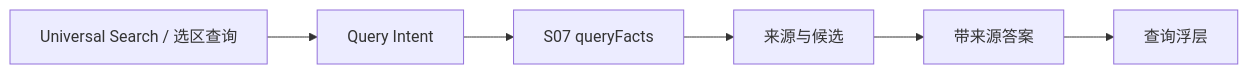
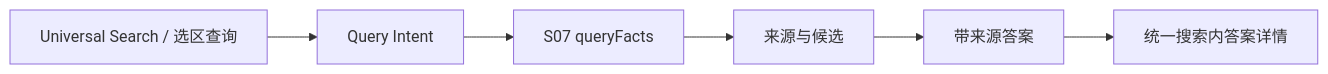
Before and after one commit to jinhuang712/open-novel: the diagram in spec/M03-fact-query.md, drawn with Mermaid. The commit also changed other lines of this file and 29 other files, not shown here.

````diff
--- a/spec/M03-fact-query.md
+++ b/spec/M03-fact-query.md
@@ -7,8 +7,8 @@
 ```mermaid
 flowchart LR
   Entry[Universal Search / 选区查询] --> Intent[Query Intent]
   Intent --> QueryFacts[S07 queryFacts]
   QueryFacts --> Sources[来源与候选]
   Sources --> Answer[带来源答案]
-  Answer --> UI[查询浮层]
+  Answer --> UI[统一搜索内答案详情]
 ```
````
